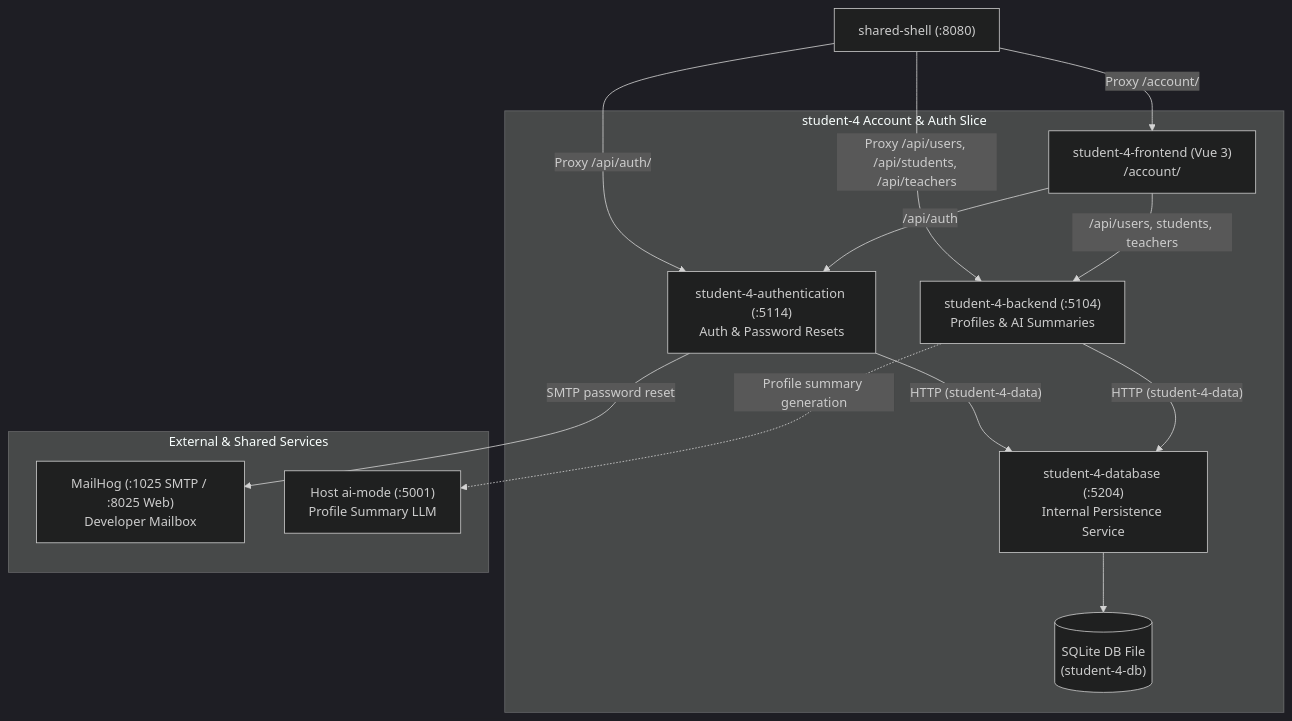
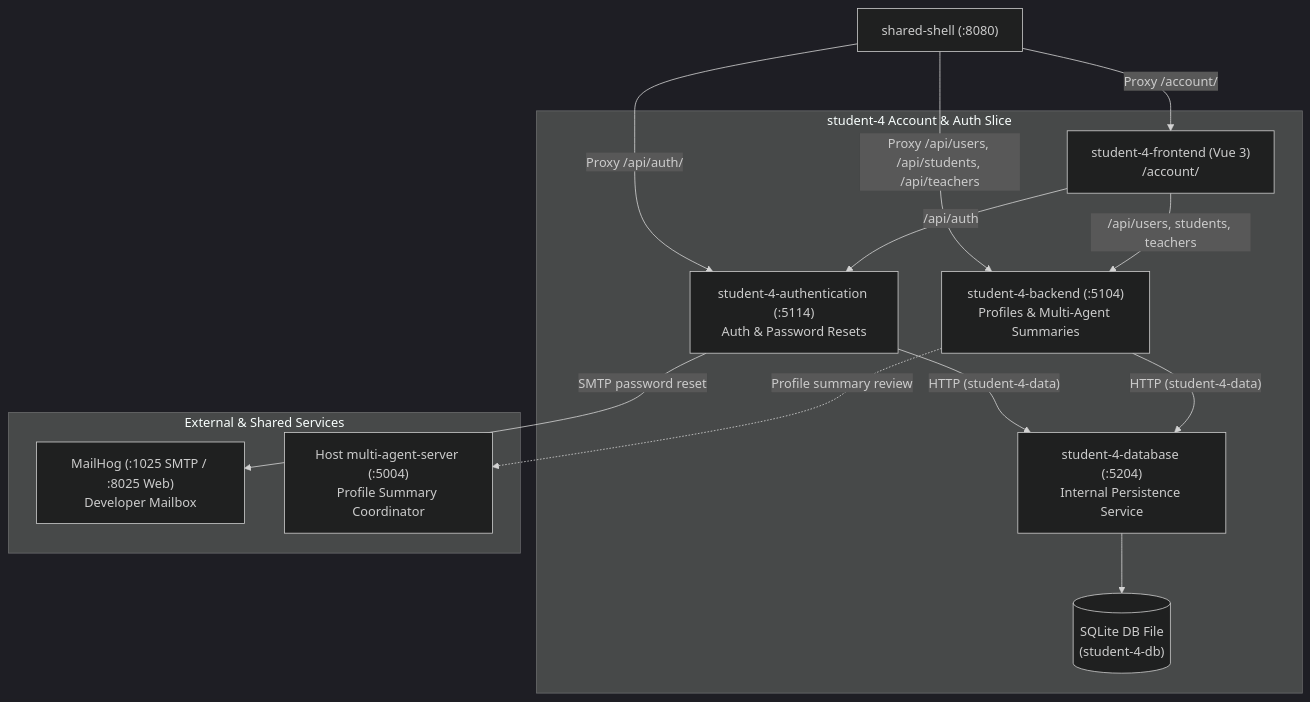
The diagram in student-4/README.md (AmAComputerNerd/41026--software-development-project), drawn with Mermaid (dark theme) before and after one commit. The commit also changed other lines of this file and 19 other files, not shown here.

Commit message:
feat: added multi agent to account service

````diff
--- a/student-4/README.md
+++ b/student-4/README.md
@@ -101,30 +121,30 @@
 ```mermaid
 flowchart TD
     Shell["shared-shell (:8080)"]
 
     subgraph Student4Slice["student-4 Account & Auth Slice"]
         FE["student-4-frontend (Vue 3)<br>/account/"]
-        BE["student-4-backend (:5104)<br>Profiles & AI Summaries"]
+        BE["student-4-backend (:5104)<br>Profiles & Multi-Agent Summaries"]
         Auth["student-4-authentication (:5114)<br>Auth & Password Resets"]
         DB["student-4-database (:5204)<br>Internal Persistence Service"]
         Storage[("SQLite DB File<br>(student-4-db)")]
         
         FE -- "/api/users, students, teachers" --> BE
         FE -- "/api/auth" --> Auth
         BE -- "HTTP (student-4-data)" --> DB
         Auth -- "HTTP (student-4-data)" --> DB
         DB --> Storage
     end
 
     subgraph ExternalServices["External & Shared Services"]
         MailHog["MailHog (:1025 SMTP / :8025 Web)<br>Developer Mailbox"]
-        AIM["Host ai-mode (:5001)<br>Profile Summary LLM"]
+        MA["Host multi-agent-server (:5004)<br>Profile Summary Coordinator"]
     end
 
     Shell -- "Proxy /account/" --> FE
     Shell -- "Proxy /api/users, /api/students, /api/teachers" --> BE
     Shell -- "Proxy /api/auth/" --> Auth
 
     Auth -- "SMTP password reset" --> MailHog
-    BE -. "Profile summary generation" .-> AIM
+    BE -. "Profile summary review" .-> MA
 ```
````
